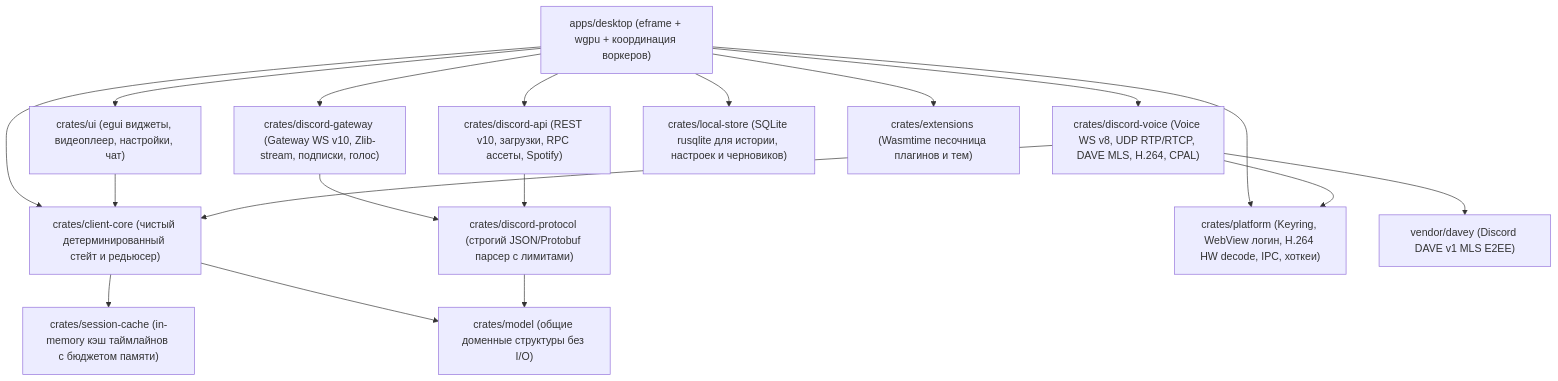
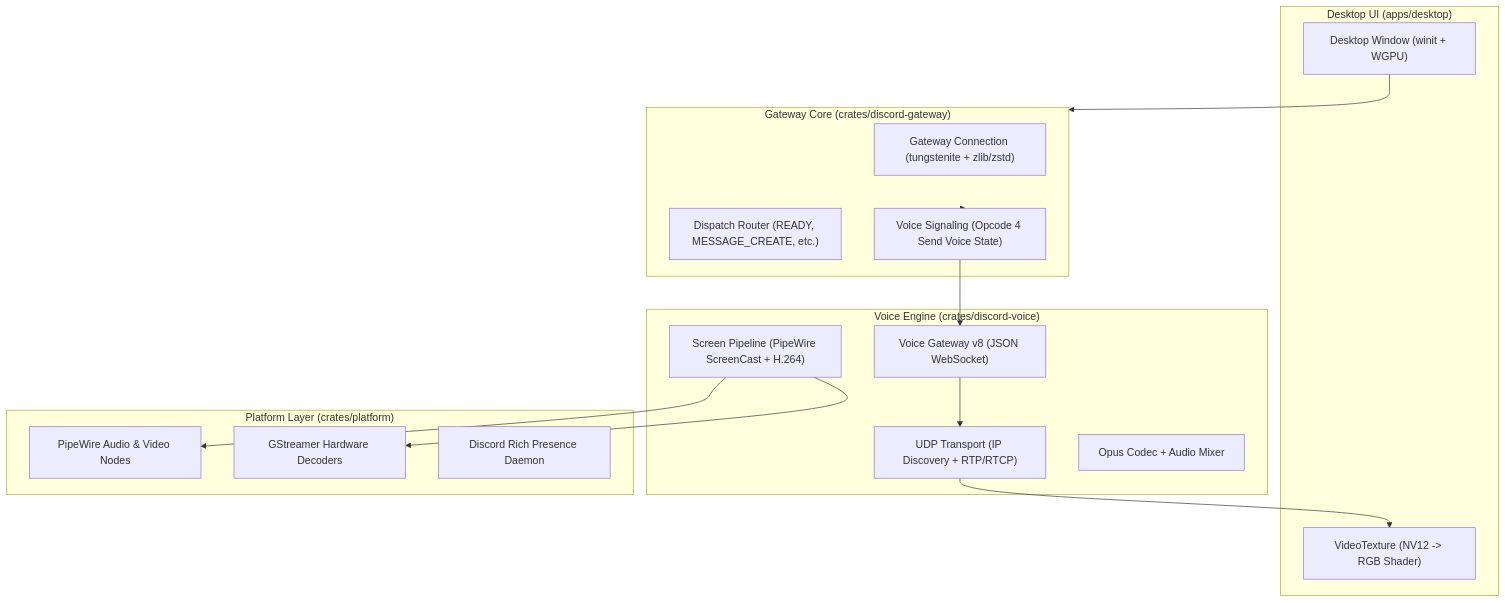
One commit to Userbash/chord changed the diagram in docs/reference-projects/SEREIN-FUNCTION-MAP.md. Above: the diagram before and after it, drawn with Mermaid. The commit also changed other lines of this file and 2279 other files, not shown here.

````diff
--- a/docs/reference-projects/SEREIN-FUNCTION-MAP.md
+++ b/docs/reference-projects/SEREIN-FUNCTION-MAP.md
@@ -16,34 +33,33 @@
 ```mermaid
 flowchart TD
-    Desktop["apps/desktop (eframe + wgpu + координация воркеров)"]
-    UI["crates/ui (egui виджеты, видеоплеер, настройки, чат)"]
-    Core["crates/client-core (чистый детерминированный стейт и редьюсер)"]
-    Voice["crates/discord-voice (Voice WS v8, UDP RTP/RTCP, DAVE MLS, H.264, CPAL)"]
-    Gateway["crates/discord-gateway (Gateway WS v10, Zlib-stream, подписки, голос)"]
-    Api["crates/discord-api (REST v10, загрузки, RPC ассеты, Spotify)"]
-    Protocol["crates/discord-protocol (строгий JSON/Protobuf парсер с лимитами)"]
-    Platform["crates/platform (Keyring, WebView логин, H.264 HW decode, IPC, хоткеи)"]
-    SessionCache["crates/session-cache (in-memory кэш таймлайнов с бюджетом памяти)"]
-    LocalStore["crates/local-store (SQLite rusqlite для истории, настроек и черновиков)"]
-    Extensions["crates/extensions (Wasmtime песочница плагинов и тем)"]
-    Model["crates/model (общие доменные структуры без I/O)"]
-    Davey["vendor/davey (Discord DAVE v1 MLS E2EE)"]
+    subgraph UI ["Desktop UI (apps/desktop)"]
+        Window["Desktop Window (winit + WGPU)"]
+        VideoShader["VideoTexture (NV12 -> RGB Shader)"]
+    end
 
-    Desktop --> UI
-    Desktop --> Core
-    Desktop --> Voice
-    Desktop --> Gateway
-    Desktop --> Api
-    Desktop --> Platform
-    Desktop --> LocalStore
-    Desktop --> Extensions
-    UI --> Core
-    Core --> SessionCache
-    Core --> Model
-    Gateway --> Protocol
-    Api --> Protocol
-    Protocol --> Model
-    Voice --> Platform
-    Voice --> Davey
-    Voice --> Core
+    subgraph GW ["Gateway Core (crates/discord-gateway)"]
+        GatewayConn["Gateway Connection (tungstenite + zlib/zstd)"]
+        Dispatch["Dispatch Router (READY, MESSAGE_CREATE, etc.)"]
+        VoiceSignal["Voice Signaling (Opcode 4 Send Voice State)"]
+    end
+
+    subgraph Voice ["Voice Engine (crates/discord-voice)"]
+        VoiceWS["Voice Gateway v8 (JSON WebSocket)"]
+        UdpTransport["UDP Transport (IP Discovery + RTP/RTCP)"]
+        AudioPipeline["Opus Codec + Audio Mixer"]
+        ScreenShare["Screen Pipeline (PipeWire ScreenCast + H.264)"]
+    end
+
+    subgraph Platform ["Platform Layer (crates/platform)"]
+        PipeWire["PipeWire Audio & Video Nodes"]
+        GStreamer["GStreamer Hardware Decoders"]
+        RPC["Discord Rich Presence Daemon"]
+    end
+
+    Window --> GW
+    GW --> VoiceSignal --> VoiceWS
+    VoiceWS --> UdpTransport
+    ScreenShare --> PipeWire
+    ScreenShare --> GStreamer
+    UdpTransport --> VideoShader
 ```
````
